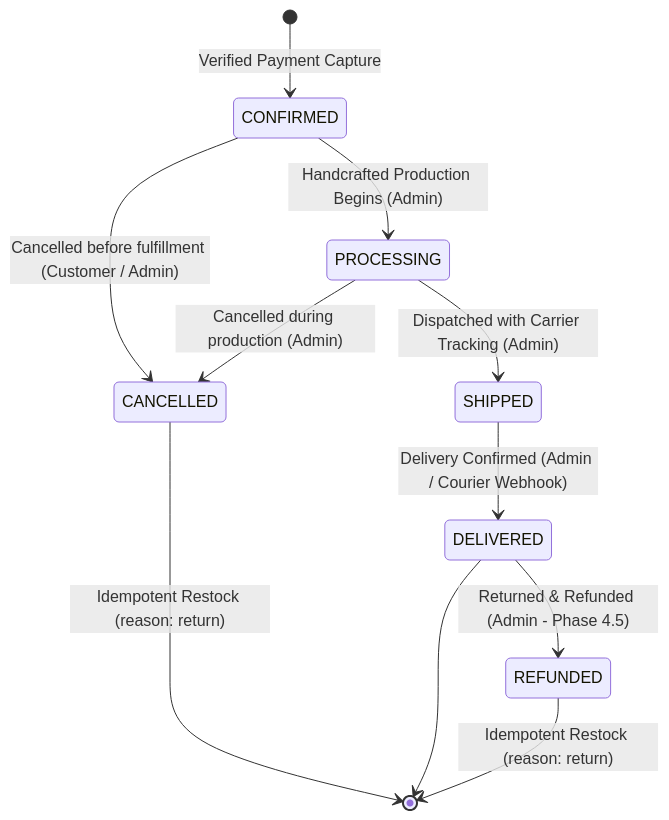
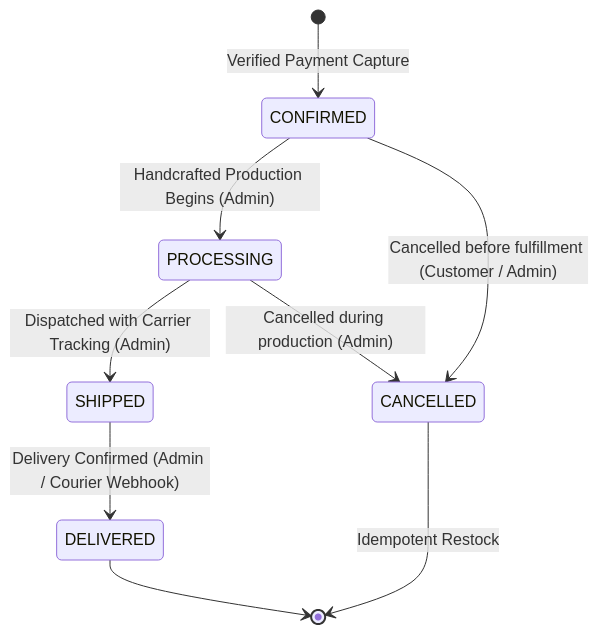
One commit to moidsufiyan/wollyway-wonders changed the diagram in backend/docs/architecture/order-lifecycle.md. Above: the diagram before and after it, drawn with Mermaid. The commit also changed 10 other files, not shown here.

````diff
--- a/backend/docs/architecture/order-lifecycle.md
+++ b/backend/docs/architecture/order-lifecycle.md
@@ -9,18 +9,15 @@
 ```mermaid
 stateDiagram-v2
     [*] --> CONFIRMED : Verified Payment Capture
     
     CONFIRMED --> PROCESSING : Handcrafted Production Begins (Admin)
     CONFIRMED --> CANCELLED : Cancelled before fulfillment (Customer / Admin)
     
     PROCESSING --> SHIPPED : Dispatched with Carrier Tracking (Admin)
     PROCESSING --> CANCELLED : Cancelled during production (Admin)
     
     SHIPPED --> DELIVERED : Delivery Confirmed (Admin / Courier Webhook)
     
-    DELIVERED --> REFUNDED : Returned & Refunded (Admin - Phase 4.5)
-    
-    CANCELLED --> [*] : Idempotent Restock (reason: return)
     DELIVERED --> [*]
-    REFUNDED --> [*] : Idempotent Restock (reason: return)
+    CANCELLED --> [*] : Idempotent Restock
 ```
````
